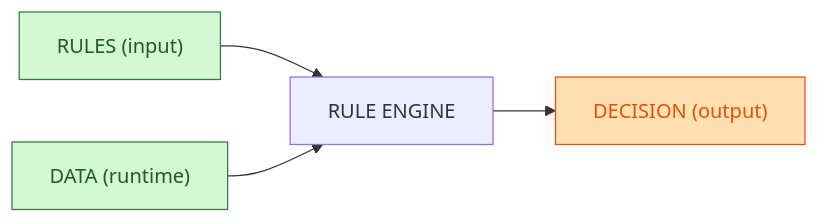
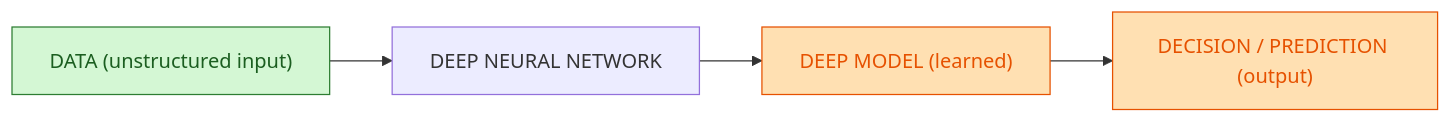
One commit to inskillflow/Travailler-en-IA-ecosysteme-et-opportunites changed the third of 3 diagrams in sdsd.md. Above: the diagram before and after it, drawn with Mermaid. The commit also changed other lines of this file, not shown here.

````diff
--- a/sdsd.md
+++ b/sdsd.md
@@ -33,11 +49,13 @@
 ```mermaid
 flowchart LR
-  RULES["RULES (input)"] --> ENGINE["RULE ENGINE"] --> DEC["DECISION (output)"];
-  DATA["DATA (runtime)"] --> ENGINE;
+  %% DL : données non structurées/tâches complexes -> réseau profond -> modèle appris -> décision
+  DATAU["DATA (unstructured input)"] --> NET["DEEP NEURAL NETWORK"] --> MODEL["DEEP MODEL (learned)"];
+  MODEL --> DEC["DECISION / PREDICTION (output)"];
 
-  classDef input fill:#d4f7d4,stroke:#2e7d32,stroke-width:1px,color:#1b5e20;
-  classDef output fill:#ffe0b2,stroke:#e65100,stroke-width:1px,color:#e65100;
-  class RULES input;
-  class DATA input;
+  classDef input fill:#d4f7d4,stroke:#2e7d32,stroke-width:1px,color:#1b5e20; 
+  classDef output fill:#ffe0b2,stroke:#e65100,stroke-width:1px,color:#e65100; 
+
+  class DATAU input;
+  class MODEL output;
   class DEC output;
 ```
````
